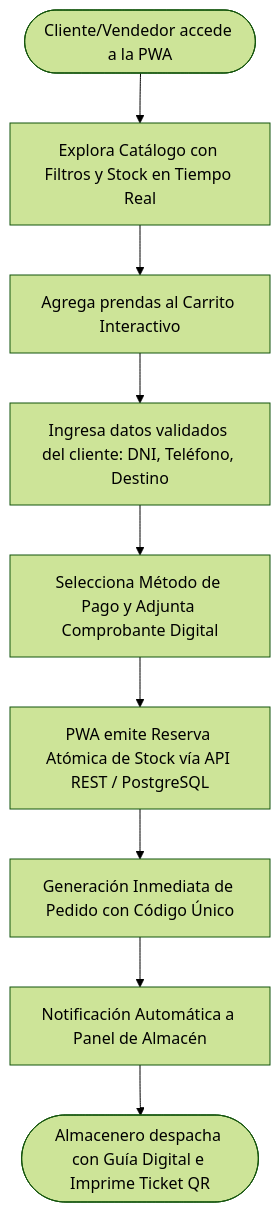
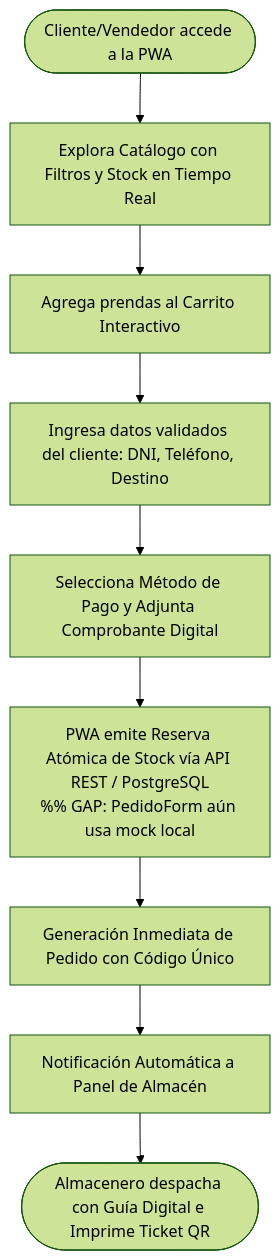
The second of 3 diagrams in docs/documento_maestro/DOCUMENTO_MAESTRO_INTEGRAL_LEOFIT.md (Leofit-Solutions-Grupo01/leofit-pedidos-sistema), drawn with Mermaid (forest theme) before and after one commit. The commit also changed other lines of this file, not shown here.

````diff
--- a/docs/documento_maestro/DOCUMENTO_MAESTRO_INTEGRAL_LEOFIT.md
+++ b/docs/documento_maestro/DOCUMENTO_MAESTRO_INTEGRAL_LEOFIT.md
@@ -187,11 +187,11 @@
 ```mermaid
 flowchart TD
     A([Cliente/Vendedor accede a la PWA]) --> B[Explora Catálogo con Filtros y Stock en Tiempo Real]
     B --> C[Agrega prendas al Carrito Interactivo]
     C --> D[Ingresa datos validados del cliente: DNI, Teléfono, Destino]
     D --> E[Selecciona Método de Pago y Adjunta Comprobante Digital]
-    E --> F[PWA emite Reserva Atómica de Stock vía API REST / PostgreSQL]
+    E --> F[PWA emite Reserva Atómica de Stock vía API REST / PostgreSQL<br/>%% GAP: PedidoForm aún usa mock local]
     F --> G[Generación Inmediata de Pedido con Código Único]
     G --> H[Notificación Automática a Panel de Almacén]
     H --> I([Almacenero despacha con Guía Digital e Imprime Ticket QR])
 ```
````
